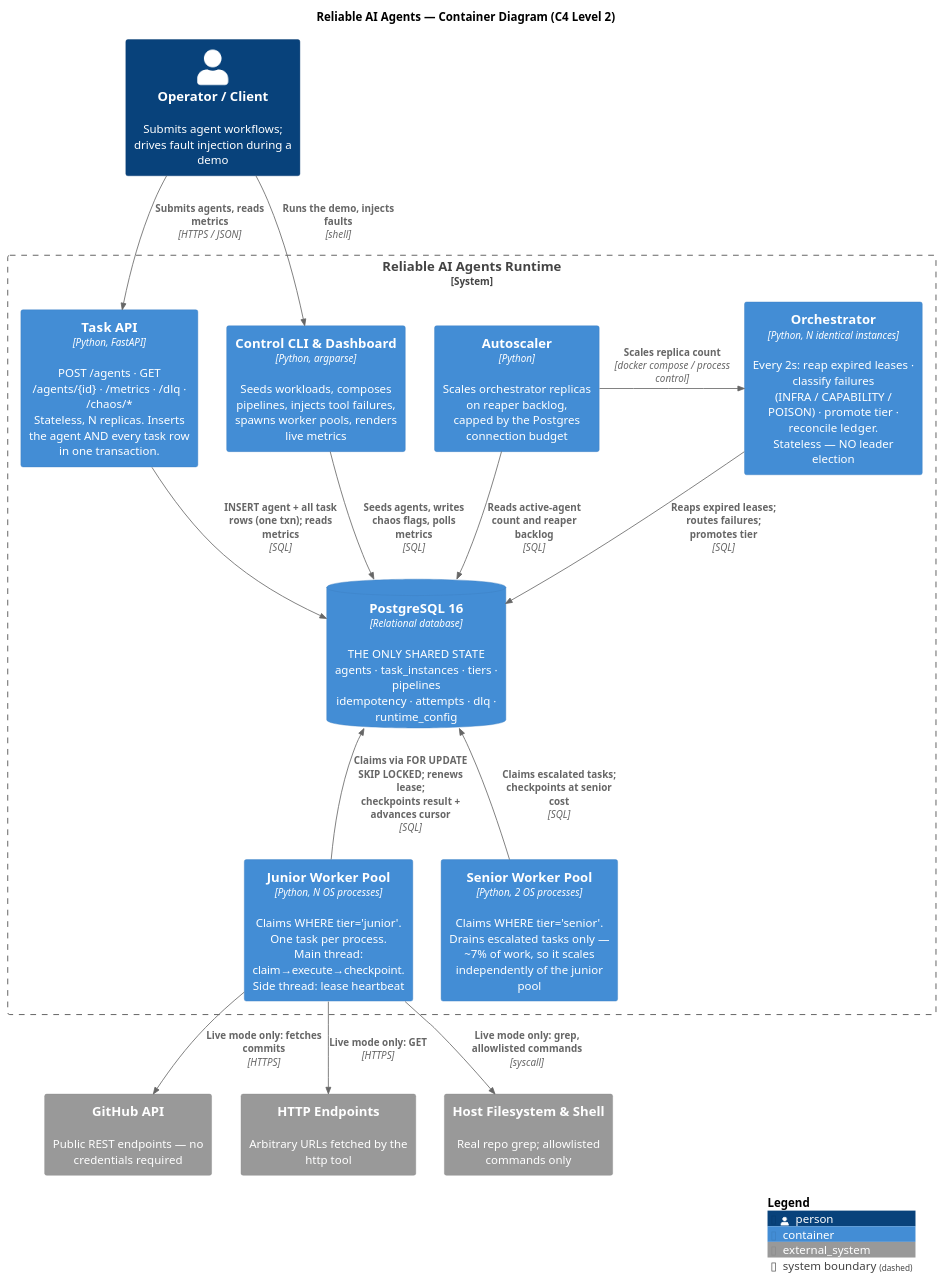
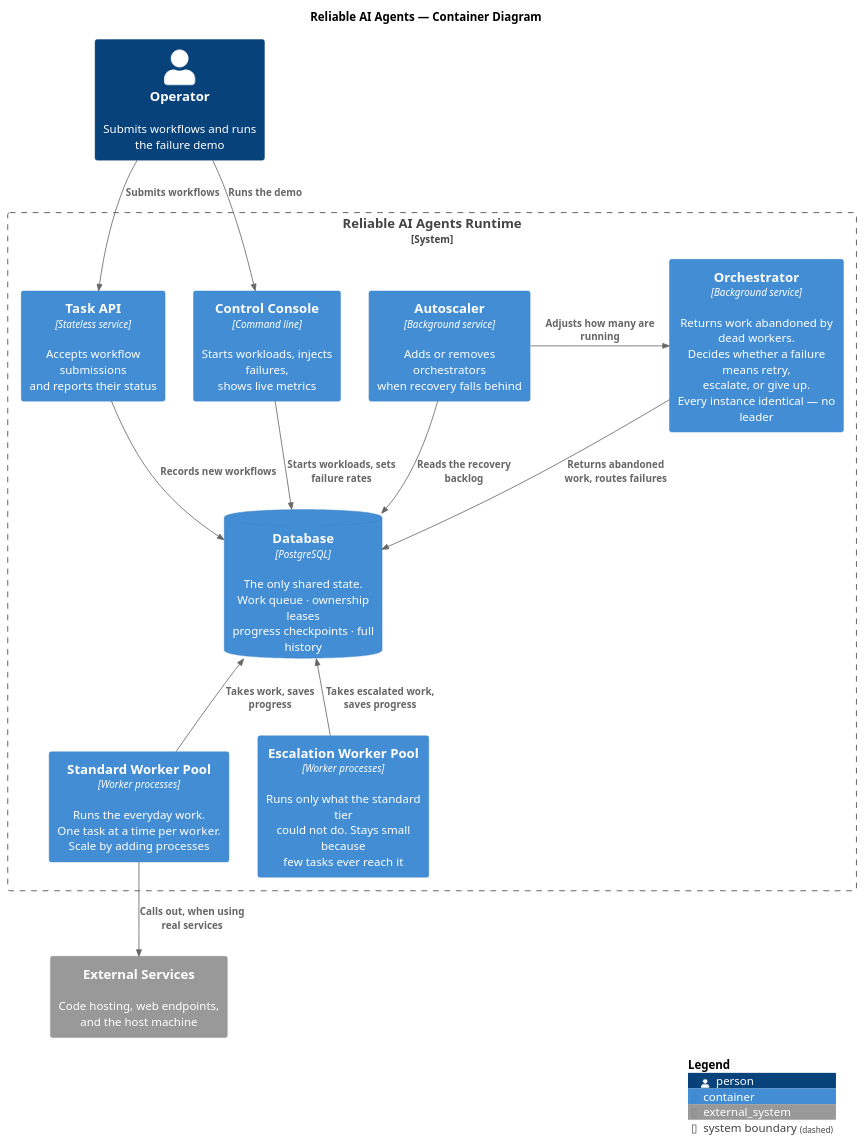
Before and after one commit to imchaitanya0/Reliable-AI-Agents: the diagram in docs/architecture.puml, drawn with PlantUML. The commit also changed 1 other file, not shown here.

Commit message:
docs: plain-language container diagram
Removed the SQL and endpoint detail from the diagram. A container diagram is
read by people deciding whether the shape is sound, not by people
implementing it -- "Takes work, saves progress" carries the idea that
"Claims via FOR UPDATE SKIP LOCKED; renews lease; checkpoints result" only
buried. The implementation detail already lives in the README and the code.

Also collapsed the three external systems into one box and shortened every
description, so the eye lands on the shape rather than the captions. The
shape is the argument: every arrow ends at the database, and the absence of
lateral arrows is why there is no single point of failure.

```diff
--- a/docs/architecture.puml
+++ b/docs/architecture.puml
@@ -1,61 +1,58 @@
 @startuml ReliableAIAgents-Containers
 ' ---------------------------------------------------------------------------
 ' Reliable AI Agents -- C4 Level 2 (Container diagram)
 '
 ' Render:  plantuml docs/architecture.puml
 '          or paste into https://www.plantuml.com/plantuml
 '
 ' THE CLAIM THIS DIAGRAM MAKES:
-' no container calls any other container. Every arrow terminates at Postgres.
-' That is what removes the single point of failure and the consensus protocol.
+' no container calls any other container. Every arrow ends at the database.
+' That is what removes the single point of failure and the need for a
+' consensus protocol. The absence of lateral arrows IS the point.
 ' ---------------------------------------------------------------------------
 !include https://raw.githubusercontent.com/plantuml-stdlib/C4-PlantUML/master/C4_Container.puml
 
 LAYOUT_WITH_LEGEND()
-title Reliable AI Agents — Container Diagram (C4 Level 2)
+title Reliable AI Agents — Container Diagram
 
-Person(operator, "Operator / Client", "Submits agent workflows; drives fault injection during a demo")
+Person(operator, "Operator", "Submits workflows and runs the failure demo")
 
 System_Boundary(sys, "Reliable AI Agents Runtime") {
 
-    Container(api, "Task API", "Python, FastAPI", "POST /agents · GET /agents/{id} · /metrics · /dlq · /chaos/*\nStateless, N replicas. Inserts the agent AND every task row in one transaction.")
+    Container(api, "Task API", "Stateless service", "Accepts workflow submissions\nand reports their status")
 
-    Container(cli, "Control CLI & Dashboard", "Python, argparse", "Seeds workloads, composes pipelines, injects tool failures,\nspawns worker pools, renders live metrics")
+    Container(cli, "Control Console", "Command line", "Starts workloads, injects failures,\nshows live metrics")
 
-    Container(orch, "Orchestrator", "Python, N identical instances", "Every 2s: reap expired leases · classify failures\n(INFRA / CAPABILITY / POISON) · promote tier · reconcile ledger.\nStateless — NO leader election")
+    Container(orch, "Orchestrator", "Background service", "Returns work abandoned by dead workers.\nDecides whether a failure means retry,\nescalate, or give up.\nEvery instance identical — no leader")
 
-    Container(junior, "Junior Worker Pool", "Python, N OS processes", "Claims WHERE tier='junior'. One task per process.\nMain thread: claim→execute→checkpoint. Side thread: lease heartbeat")
+    Container(junior, "Standard Worker Pool", "Worker processes", "Runs the everyday work.\nOne task at a time per worker.\nScale by adding processes")
 
-    Container(senior, "Senior Worker Pool", "Python, 2 OS processes", "Claims WHERE tier='senior'. Drains escalated tasks only —\n~7% of work, so it scales independently of the junior pool")
+    Container(senior, "Escalation Worker Pool", "Worker processes", "Runs only what the standard tier\ncould not do. Stays small because\nfew tasks ever reach it")
 
-    Container(scaler, "Autoscaler", "Python", "Scales orchestrator replicas on reaper backlog,\ncapped by the Postgres connection budget")
+    Container(scaler, "Autoscaler", "Background service", "Adds or removes orchestrators\nwhen recovery falls behind")
 
-    ContainerDb(pg, "PostgreSQL 16", "Relational database", "THE ONLY SHARED STATE\nagents · task_instances · tiers · pipelines\nidempotency · attempts · dlq · runtime_config")
+    ContainerDb(pg, "Database", "PostgreSQL", "The only shared state.\nWork queue · ownership leases\nprogress checkpoints · full history")
 }
 
-System_Ext(github, "GitHub API", "Public REST endpoints — no credentials required")
-System_Ext(web, "HTTP Endpoints", "Arbitrary URLs fetched by the http tool")
-System_Ext(host, "Host Filesystem & Shell", "Real repo grep; allowlisted commands only")
+System_Ext(ext, "External Services", "Code hosting, web endpoints,\nand the host machine")
 
-' --- ingress -----------------------------------------------------------------
-Rel(operator, api, "Submits agents, reads metrics", "HTTPS / JSON")
-Rel(operator, cli, "Runs the demo, injects faults", "shell")
+' --- people ------------------------------------------------------------------
+Rel(operator, api, "Submits workflows")
+Rel(operator, cli, "Runs the demo")
 
-' --- everything talks ONLY to Postgres ---------------------------------------
-Rel(api, pg, "INSERT agent + all task rows (one txn); reads metrics", "SQL")
-Rel(cli, pg, "Seeds agents, writes chaos flags, polls metrics", "SQL")
-Rel_D(orch, pg, "Reaps expired leases; routes failures; promotes tier", "SQL")
-Rel_U(junior, pg, "Claims via FOR UPDATE SKIP LOCKED; renews lease;\ncheckpoints result + advances cursor", "SQL")
-Rel_U(senior, pg, "Claims escalated tasks; checkpoints at senior cost", "SQL")
-Rel(scaler, pg, "Reads active-agent count and reaper backlog", "SQL")
+' --- every container talks ONLY to the database -------------------------------
+Rel(api, pg, "Records new workflows")
+Rel(cli, pg, "Starts workloads, sets failure rates")
+Rel_D(orch, pg, "Returns abandoned work, routes failures")
+Rel_U(junior, pg, "Takes work, saves progress")
+Rel_U(senior, pg, "Takes escalated work, saves progress")
+Rel(scaler, pg, "Reads the recovery backlog")
 
-' --- the autoscaler acts on the deployment, not on the orchestrators ---------
-Rel_R(scaler, orch, "Scales replica count", "docker compose / process control")
+' --- the one arrow that is not to the database -------------------------------
+Rel_R(scaler, orch, "Adjusts how many are running")
 
-' --- only workers reach the outside world ------------------------------------
-Rel_D(junior, github, "Live mode only: fetches commits", "HTTPS")
-Rel_D(junior, web, "Live mode only: GET", "HTTPS")
-Rel_D(junior, host, "Live mode only: grep, allowlisted commands", "syscall")
+' --- only workers reach outside ----------------------------------------------
+Rel_D(junior, ext, "Calls out, when using real services")
 
 SHOW_LEGEND()
 @enduml
```
